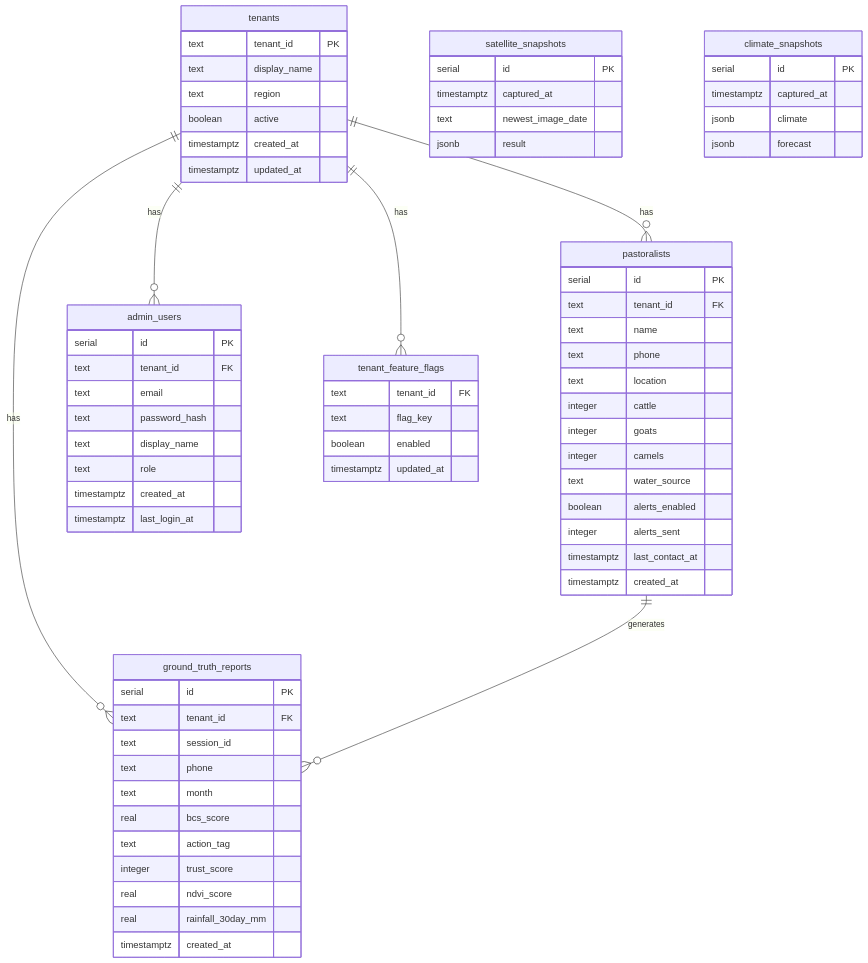
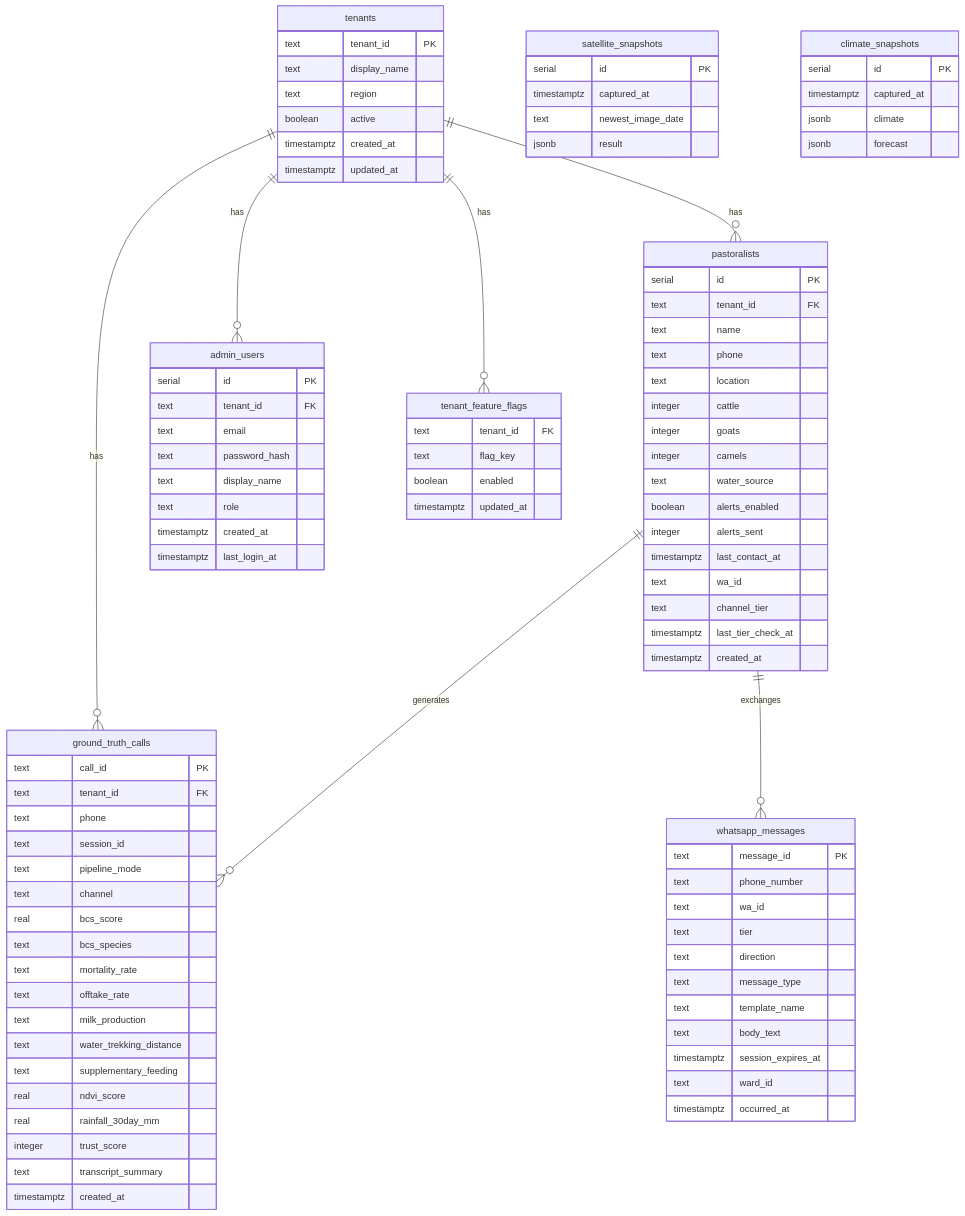
Before and after one commit to JHUB-AFRICA/arda-link-ai: the first of 2 diagrams in Arda-link-AI-Docs/data.md, drawn with Mermaid. The commit also changed other lines of this file and 25 other files, not shown here.

````diff
--- a/Arda-link-AI-Docs/data.md
+++ b/Arda-link-AI-Docs/data.md
@@ -19,10 +19,11 @@
 ```mermaid
 erDiagram
     tenants ||--o{ pastoralists : "has"
-    tenants ||--o{ ground_truth_reports : "has"
+    tenants ||--o{ ground_truth_calls : "has"
     tenants ||--o{ admin_users : "has"
     tenants ||--o{ tenant_feature_flags : "has"
-    pastoralists ||--o{ ground_truth_reports : "generates"
+    pastoralists ||--o{ ground_truth_calls : "generates"
+    pastoralists ||--o{ whatsapp_messages : "exchanges"
 
     tenants {
         text tenant_id PK
@@ -46,21 +47,45 @@
         boolean alerts_enabled
         integer alerts_sent
         timestamptz last_contact_at
+        text wa_id
+        text channel_tier
+        timestamptz last_tier_check_at
         timestamptz created_at
     }
 
-    ground_truth_reports {
-        serial id PK
+    ground_truth_calls {
+        text call_id PK
         text tenant_id FK
+        text phone
         text session_id
-        text phone
-        text month
+        text pipeline_mode
+        text channel
         real bcs_score
-        text action_tag
-        integer trust_score
+        text bcs_species
+        text mortality_rate
+        text offtake_rate
+        text milk_production
+        text water_trekking_distance
+        text supplementary_feeding
         real ndvi_score
         real rainfall_30day_mm
+        integer trust_score
+        text transcript_summary
         timestamptz created_at
+    }
+
+    whatsapp_messages {
+        text message_id PK
+        text phone_number
+        text wa_id
+        text tier
+        text direction
+        text message_type
+        text template_name
+        text body_text
+        timestamptz session_expires_at
+        text ward_id
+        timestamptz occurred_at
     }
 
     admin_users {
````
